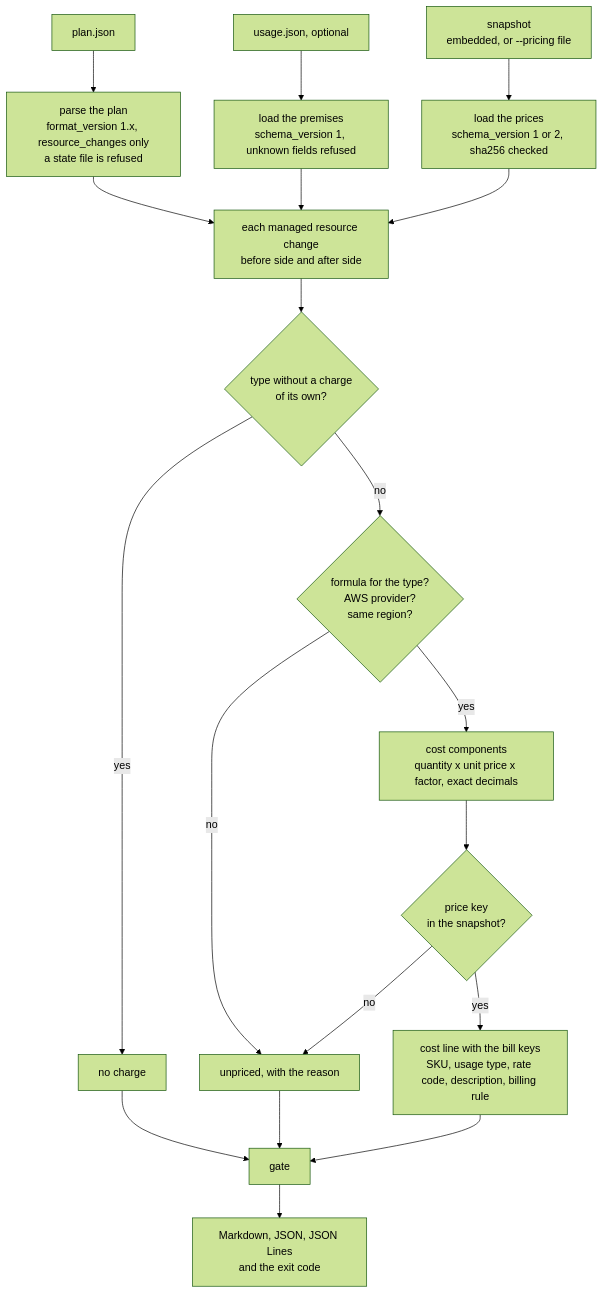
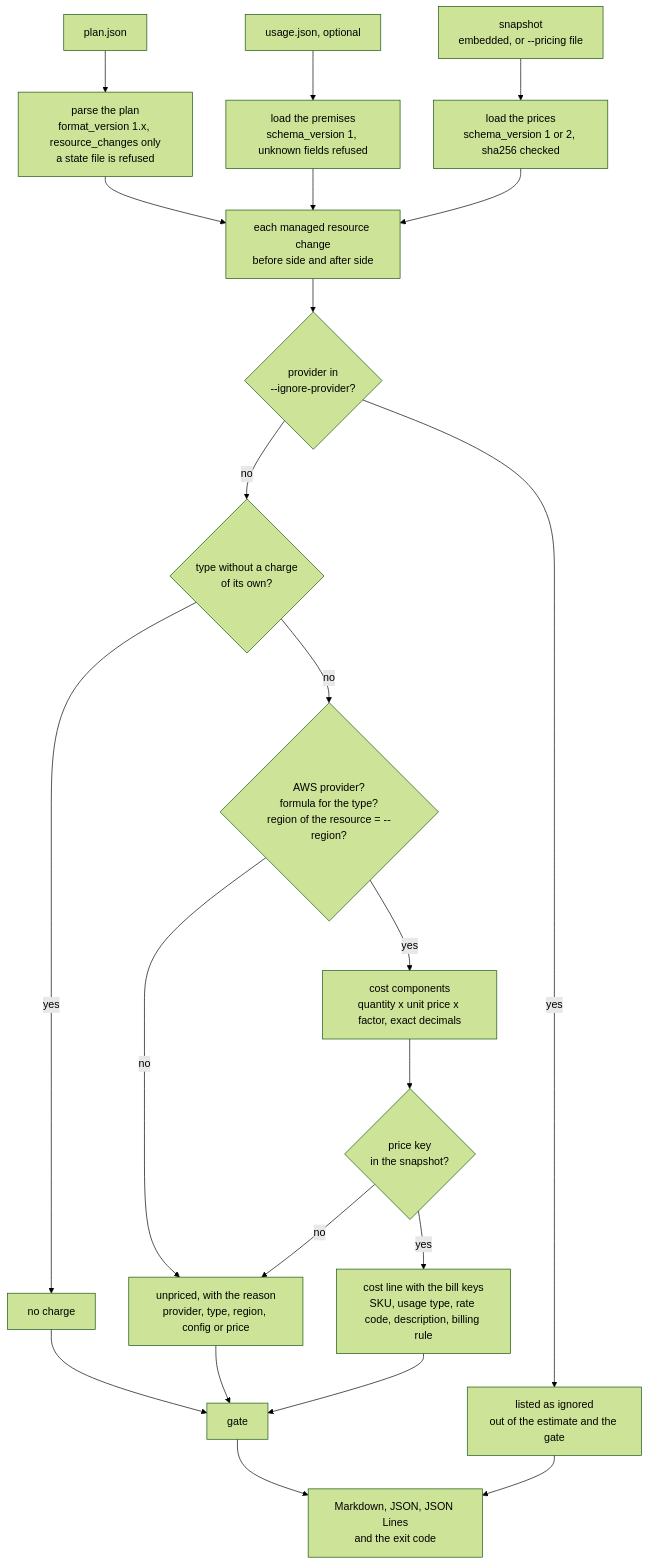
The third of 5 diagrams in docs/how-it-works.md (leosavio/costgate), drawn with Mermaid (forest theme) before and after one commit. The commit also changed other lines of this file and 75 other files, not shown here.

````diff
--- a/docs/how-it-works.md
+++ b/docs/how-it-works.md
@@ -102,21 +102,24 @@
 ```mermaid
 flowchart TD
   plan["plan.json"] --> parse["parse the plan<br/>format_version 1.x, resource_changes only<br/>a state file is refused"]
   usage["usage.json, optional"] --> premises["load the premises<br/>schema_version 1, unknown fields refused"]
   snap["snapshot<br/>embedded, or --pricing file"] --> load["load the prices<br/>schema_version 1 or 2, sha256 checked"]
   parse --> each["each managed resource change<br/>before side and after side"]
   premises --> each
   load --> each
-  each --> zero{"type without a charge<br/>of its own?"}
+  each --> ign{"provider in<br/>--ignore-provider?"}
+  ign -- yes --> ignored["listed as ignored<br/>out of the estimate and the gate"]
+  ign -- no --> zero{"type without a charge<br/>of its own?"}
   zero -- yes --> free["no charge"]
-  zero -- no --> known{"formula for the type?<br/>AWS provider?<br/>same region?"}
-  known -- no --> unpriced["unpriced, with the reason"]
+  zero -- no --> known{"AWS provider?<br/>formula for the type?<br/>region of the resource = --region?"}
+  known -- no --> unpriced["unpriced, with the reason<br/>provider, type, region, config or price"]
   known -- yes --> comps["cost components<br/>quantity x unit price x factor, exact decimals"]
   comps --> found{"price key<br/>in the snapshot?"}
   found -- no --> unpriced
   found -- yes --> line["cost line with the bill keys<br/>SKU, usage type, rate code, description, billing rule"]
   free --> gate["gate"]
   unpriced --> gate
   line --> gate
   gate --> render["Markdown, JSON, JSON Lines<br/>and the exit code"]
+  ignored --> render
 ```
````
